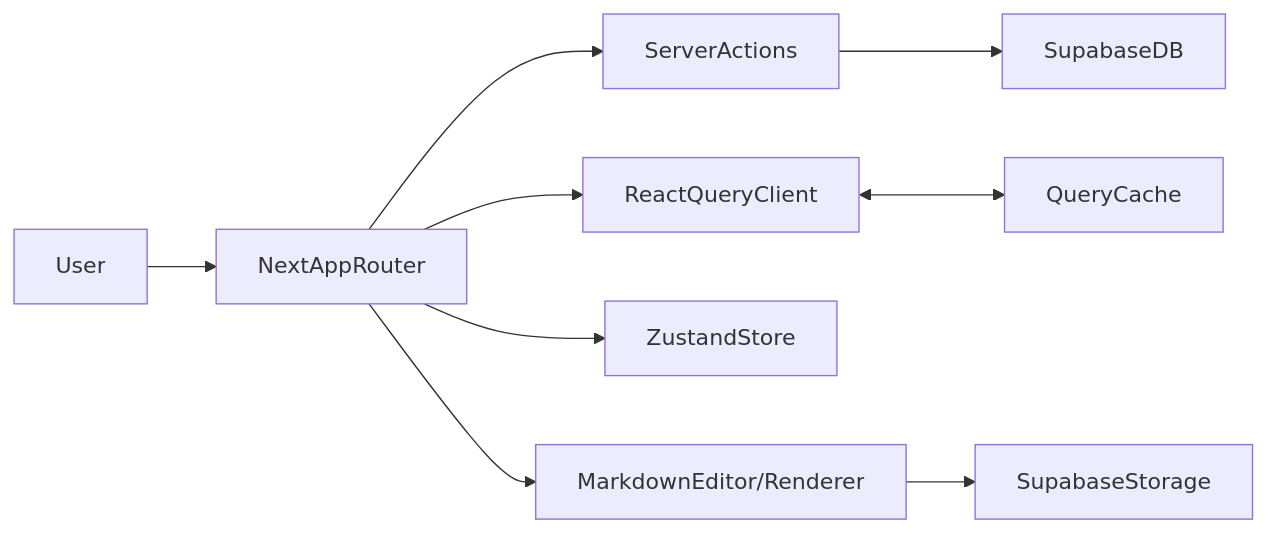
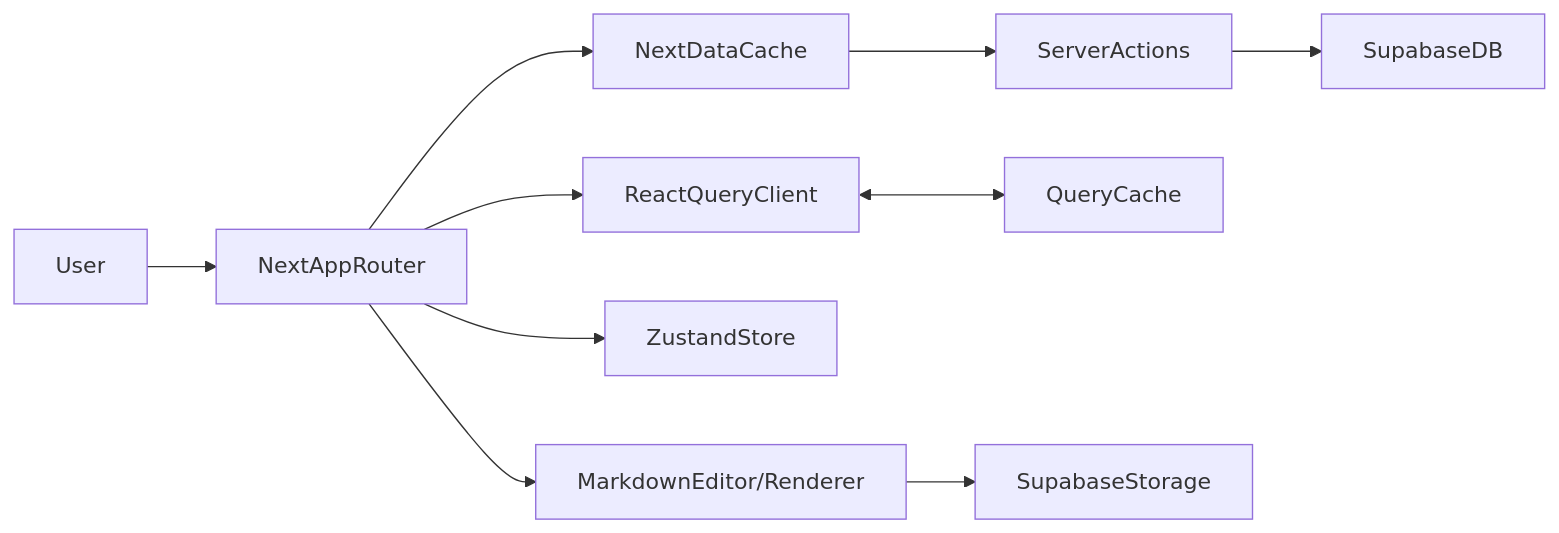
One commit to kimyoungyin/myblog changed the first of 2 diagrams in README.md. Above: the diagram before and after it, drawn with Mermaid. The commit also changed other lines of this file, not shown here.

````diff
--- a/README.md
+++ b/README.md
@@ -75,14 +83,15 @@
 ```mermaid
 flowchart LR
   user[User] --> appRouter[NextAppRouter]
-  appRouter --> serverActions[ServerActions]
+  appRouter --> dataCache[NextDataCache]
+  dataCache --> serverActions[ServerActions]
   serverActions --> supabaseDB[SupabaseDB]
 
   appRouter --> reactQuery[ReactQueryClient]
   reactQuery <--> queryCache[QueryCache]
 
   appRouter --> zustand[ZustandStore]
 
   appRouter --> markdown[MarkdownEditor/Renderer]
   markdown --> storage[SupabaseStorage]
 ```
````
